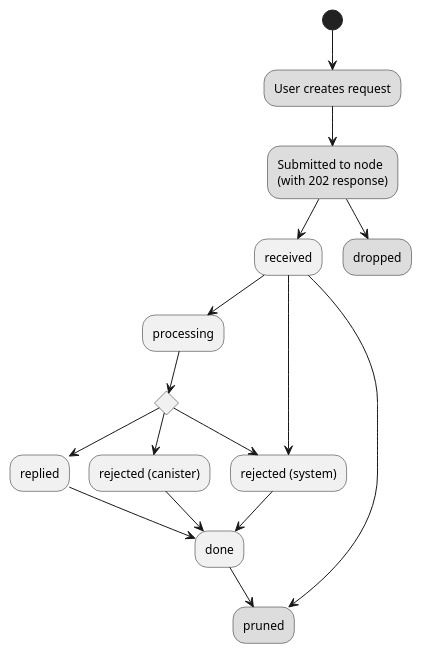
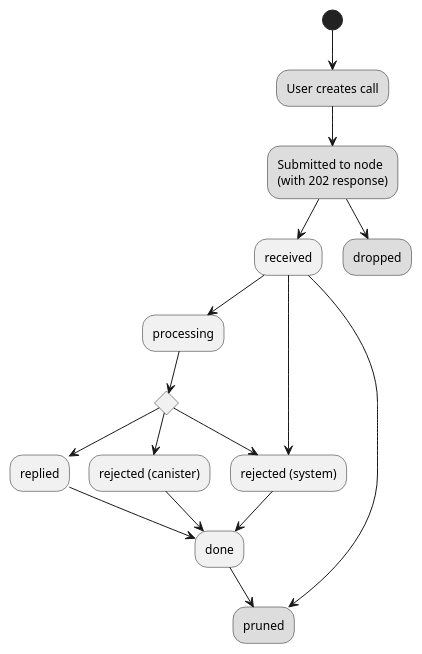
The second of 2 diagrams in spec/index.adoc (dfinity/interface-spec), drawn with PlantUML before and after one commit. The commit also changed other lines of this file and 2 other files, not shown here.

```diff
--- a/spec/index.adoc
+++ b/spec/index.adoc
@@ -328,23 +342,23 @@
 [plantuml]
 ....
-(*) --> "User creates request" #DDDDDD
+(*) --> "User creates call" #DDDDDD
    --> "Submitted to node\n(with 202 response)" as submit #DDDDDD
    --> "received"
    --> "processing"
 if "" as X then
   --> "replied"
   --> "done"
   else
   --> "rejected (canister)"
   --> "done"
 
   "X"        --> "rejected (system)"
   "received" --> "rejected (system)"
              --> "done"
 
   "received" --> "pruned" #DDDDDD
   "submit" --> "dropped" #DDDDDD
   "done" --> "pruned" #DDDDDD
 
 endif
 ....
```
